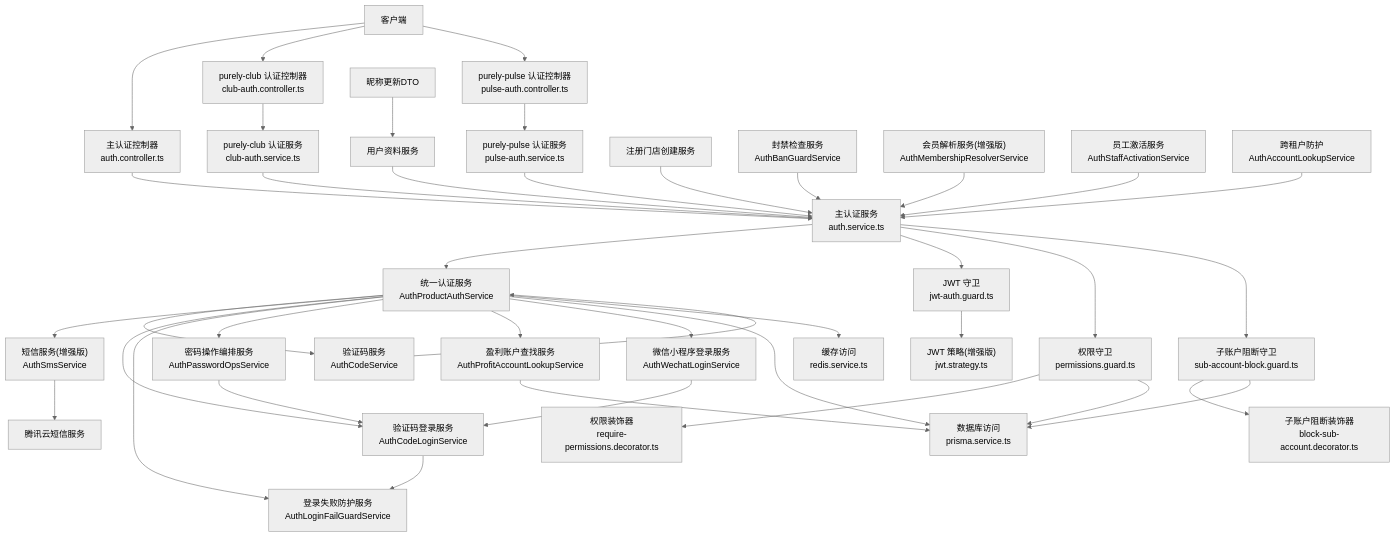
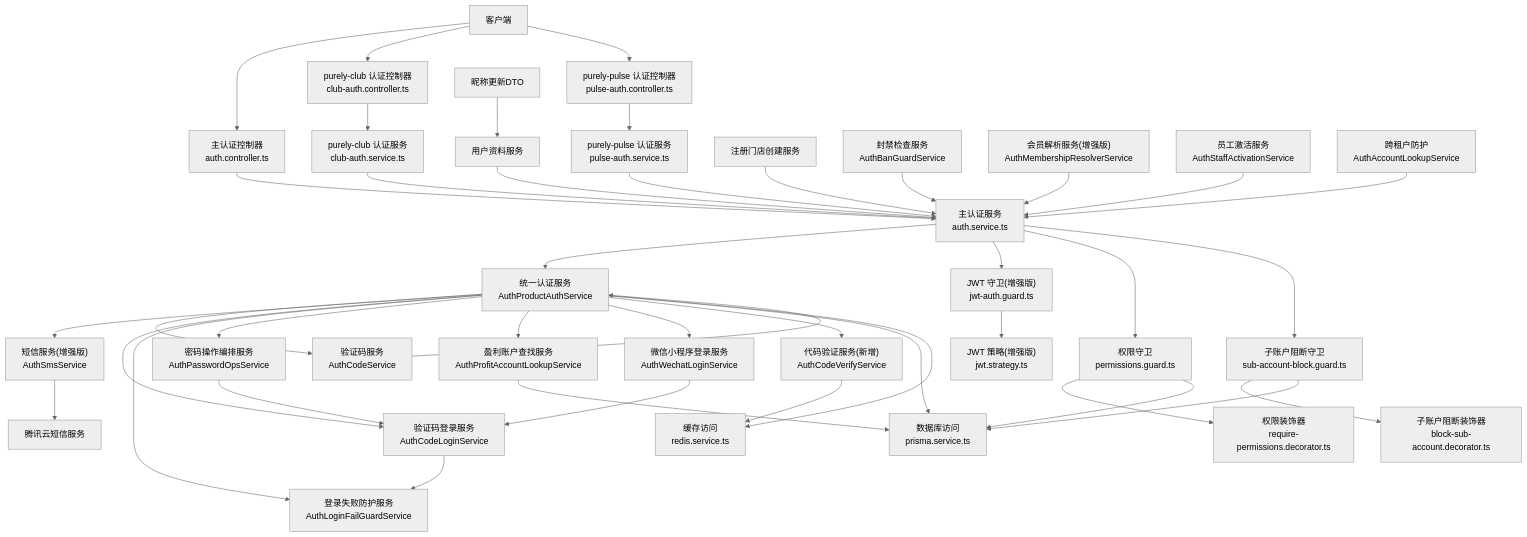
Before and after one commit to rc558620/purelyprofit-server: the second of 23 diagrams in .qoder/repowiki/zh/content/认证授权系统/认证授权系统.md, drawn with Mermaid (neutral theme). The commit also changed other lines of this file and 10 other files, not shown here.

````diff
--- a/.qoder/repowiki/zh/content/认证授权系统/认证授权系统.md
+++ b/.qoder/repowiki/zh/content/认证授权系统/认证授权系统.md
@@ -306,42 +318,44 @@
 ```mermaid
 graph TB
 Client["客户端"] --> MainAPI["主认证控制器<br/>auth.controller.ts"]
 Client --> ClubAPI["purely-club 认证控制器<br/>club-auth.controller.ts"]
 Client --> PulseAPI["purely-pulse 认证控制器<br/>pulse-auth.controller.ts"]
 MainAPI --> MainAuthSvc["主认证服务<br/>auth.service.ts"]
 ClubAPI --> ClubAuthSvc["purely-club 认证服务<br/>club-auth.service.ts"]
 PulseAPI --> PulseAuthSvc["purely-pulse 认证服务<br/>pulse-auth.service.ts"]
 PulseAuthSvc --> MainAuthSvc
 MainAuthSvc --> UnifiedAuth["统一认证服务<br/>AuthProductAuthService"]
 UnifiedAuth --> CodeSvc["验证码服务<br/>AuthCodeService"]
 UnifiedAuth --> SmsSvcEnhanced["短信服务(增强版)<br/>AuthSmsService"]
 UnifiedAuth --> CodeLoginSvc["验证码登录服务<br/>AuthCodeLoginService"]
 UnifiedAuth --> LoginFailGuard["登录失败防护服务<br/>AuthLoginFailGuardService"]
 UnifiedAuth --> PasswordOpsSvc["密码操作编排服务<br/>AuthPasswordOpsService"]
 UnifiedAuth --> ProfitAccountLookup["盈利账户查找服务<br/>AuthProfitAccountLookupService"]
 UnifiedAuth --> WechatLoginSvc["微信小程序登录服务<br/>AuthWechatLoginService"]
-MainAuthSvc --> JwtGuard["JWT 守卫<br/>jwt-auth.guard.ts"]
+UnifiedAuth --> CodeVerifySvc["代码验证服务(新增)<br/>AuthCodeVerifyService"]
+MainAuthSvc --> JwtGuard["JWT 守卫(增强版)<br/>jwt-auth.guard.ts"]
 JwtGuard --> JwtStrategyEnhanced["JWT 策略(增强版)<br/>jwt.strategy.ts"]
 MainAuthSvc --> PermGuard["权限守卫<br/>permissions.guard.ts"]
 PermGuard --> Decorators["权限装饰器<br/>require-permissions.decorator.ts"]
 MainAuthSvc --> SubAccBlock["子账户阻断守卫<br/>sub-account-block.guard.ts"]
 SubAccBlock --> SubAccDecorators["子账户阻断装饰器<br/>block-sub-account.decorator.ts"]
 ClubAuthSvc --> MainAuthSvc
 UnifiedAuth --> Prisma["数据库访问<br/>prisma.service.ts"]
 UnifiedAuth --> Redis["缓存访问<br/>redis.service.ts"]
 SmsSvcEnhanced --> TencentCloud["腾讯云短信服务"]
 CodeLoginSvc --> LoginFailGuard
 PasswordOpsSvc --> CodeLoginSvc
 ProfitAccountLookup --> Prisma
 WechatLoginSvc --> CodeLoginSvc
+CodeVerifySvc --> Redis
 CodeSvc --> UnifiedAuth
 PermGuard --> Prisma
 SubAccBlock --> Prisma
 UPS["用户资料服务"] --> MainAuthSvc
 ARS["注册门店创建服务"] --> MainAuthSvc
 URNS["昵称更新DTO"] --> UPS
 ABGS["封禁检查服务<br/>AuthBanGuardService"] --> MainAuthSvc
 AMRS["会员解析服务(增强版)<br/>AuthMembershipResolverService"] --> MainAuthSvc
 ASAS["员工激活服务<br/>AuthStaffActivationService"] --> MainAuthSvc
 CrossTenant["跨租户防护<br/>AuthAccountLookupService"] --> MainAuthSvc
 ```
````
